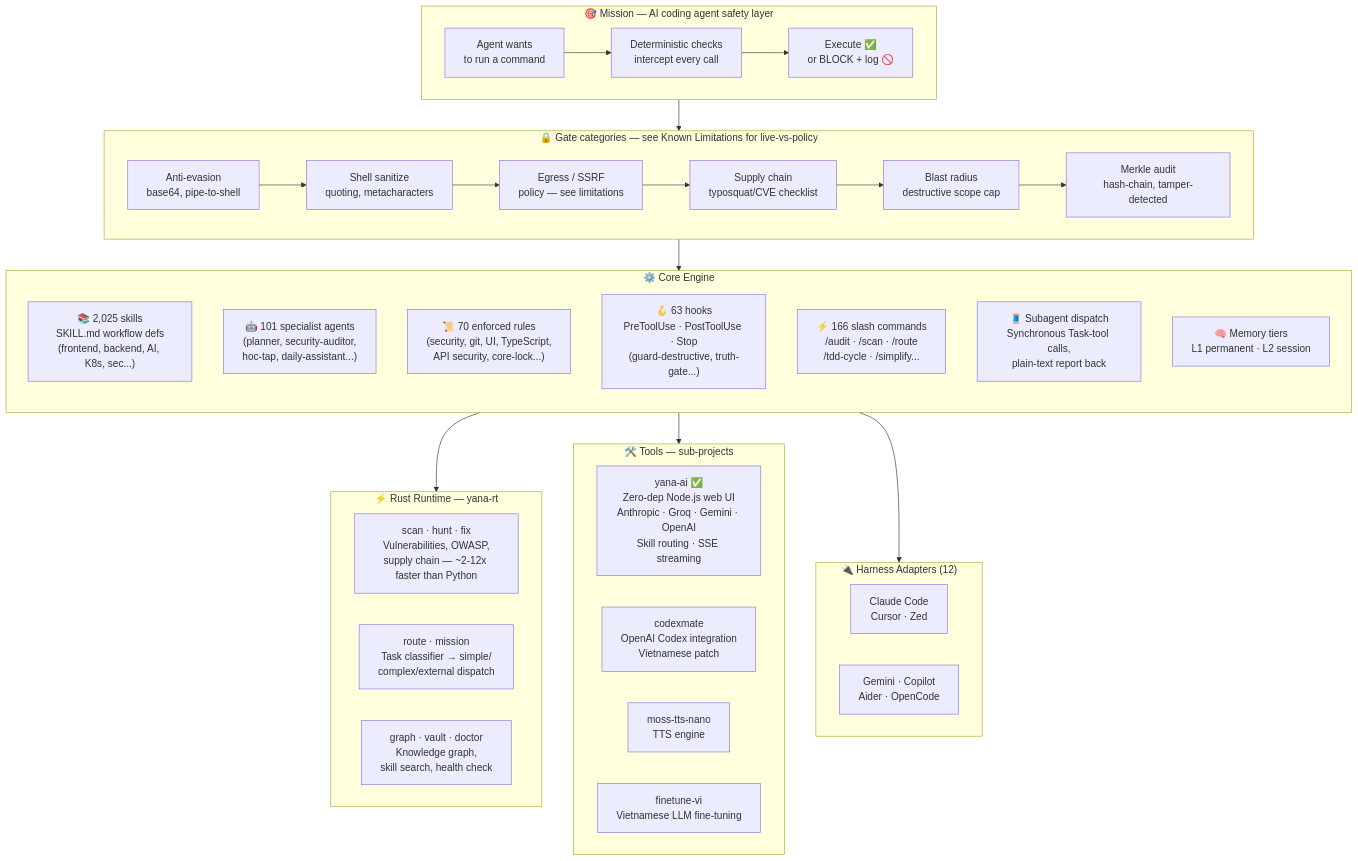
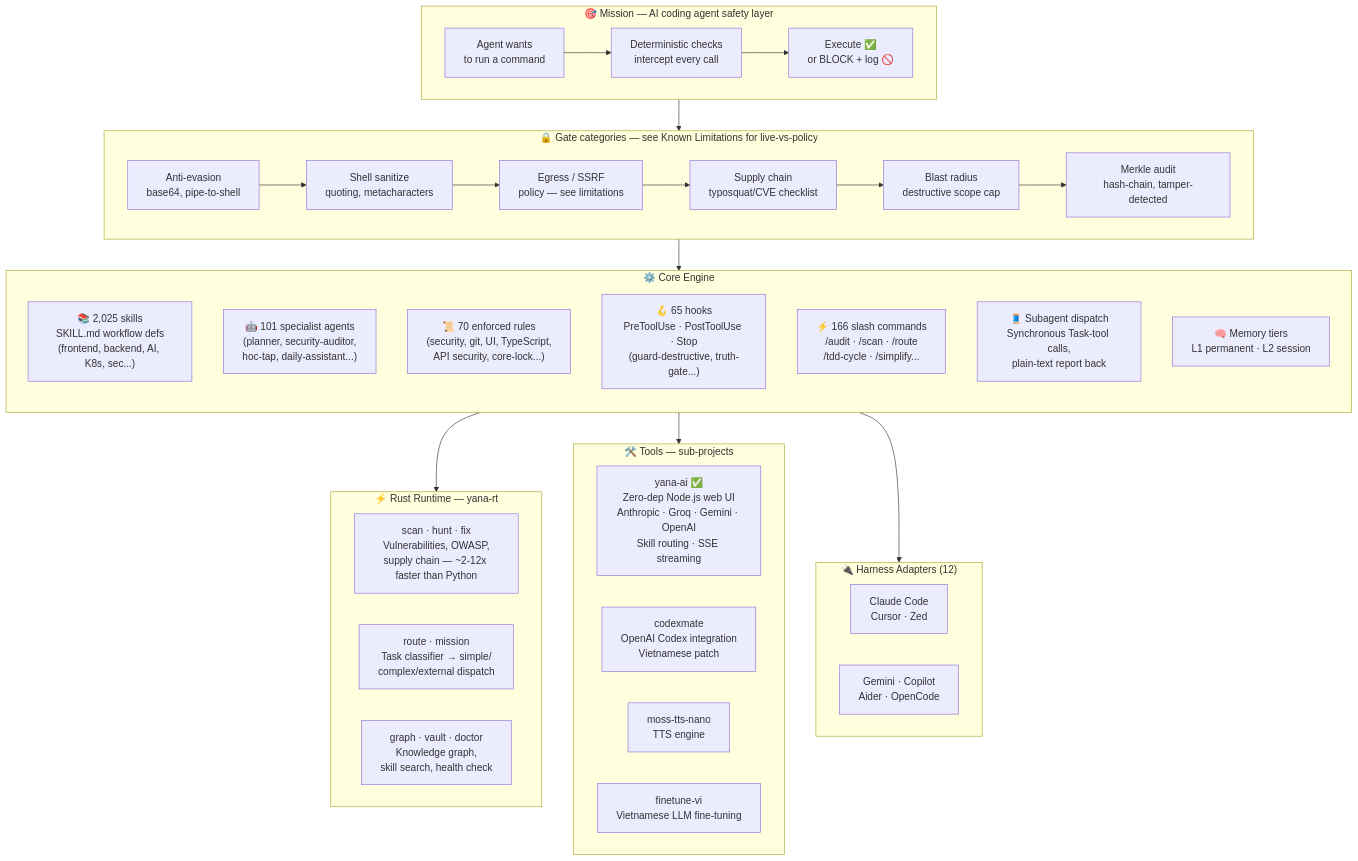
One commit to yanacuti1121/Yana-AI changed the diagram in docs/reference/architecture.md. Above: the diagram before and after it, drawn with Mermaid. The commit also changed other lines of this file and 1 other file, not shown here.

First line of the commit message:
fix(docs): sync hook/core-lock counts in architecture.md and README.md

````diff
--- a/docs/reference/architecture.md
+++ b/docs/reference/architecture.md
@@ -23,66 +23,66 @@
 ```mermaid
 graph TB
     %% ── Mission ──────────────────────────────────────────────────────
     subgraph MISSION["🎯 Mission — AI coding agent safety layer"]
         direction LR
         AGENT["Agent wants\nto run a command"]
         GATE["Deterministic checks\nintercept every call"]
         OUT["Execute ✅\nor BLOCK + log 🚫"]
         AGENT --> GATE --> OUT
     end
 
     %% ── Gate categories ──────────────────────────────────────────────────
     subgraph GATES["🔒 Gate categories — see Known Limitations for live-vs-policy"]
         direction LR
         G1["Anti-evasion\nbase64, pipe-to-shell"]
         G2["Shell sanitize\nquoting, metacharacters"]
         G3["Egress / SSRF\npolicy — see limitations"]
         G4["Supply chain\ntyposquat/CVE checklist"]
         G5["Blast radius\ndestructive scope cap"]
         G6["Merkle audit\nhash-chain, tamper-detected"]
         G1 --> G2 --> G3 --> G4 --> G5 --> G6
     end
 
     %% ── Core engine ──────────────────────────────────────────────────────
     subgraph CORE["⚙️ Core Engine"]
         direction TB
         SKILLS["📚 2,025 skills\nSKILL.md workflow defs\n(frontend, backend, AI, K8s, sec...)"]
         AGENTS["🤖 101 specialist agents\n(planner, security-auditor,\nhoc-tap, daily-assistant...)"]
         RULES["📜 70 enforced rules\n(security, git, UI, TypeScript,\nAPI security, core-lock...)"]
-        HOOKS["🪝 63 hooks\nPreToolUse · PostToolUse · Stop\n(guard-destructive, truth-gate...)"]
+        HOOKS["🪝 65 hooks\nPreToolUse · PostToolUse · Stop\n(guard-destructive, truth-gate...)"]
         CMDS["⚡ 166 slash commands\n/audit · /scan · /route\n/tdd-cycle · /simplify..."]
         DISPATCH["🧵 Subagent dispatch\nSynchronous Task-tool calls,\nplain-text report back"]
         MEM["🧠 Memory tiers\nL1 permanent · L2 session"]
     end
 
     %% ── Rust runtime ─────────────────────────────────────────────────────
     subgraph RT["⚡ Rust Runtime — yana-rt"]
         direction LR
         SCAN["scan · hunt · fix\nVulnerabilities, OWASP,\nsupply chain — ~2-12x faster than Python"]
         ROUTE["route · mission\nTask classifier → simple/\ncomplex/external dispatch"]
         VAULT["graph · vault · doctor\nKnowledge graph,\nskill search, health check"]
     end
 
     %% ── Tools ────────────────────────────────────────────────────────────
     subgraph TOOLS["🛠️ Tools — sub-projects"]
         direction LR
         YANA["yana-ai ✅\nZero-dep Node.js web UI\nAnthropic · Groq · Gemini · OpenAI\nSkill routing · SSE streaming"]
         CODEXMATE["codexmate\nOpenAI Codex integration\nVietnamese patch"]
         MOSS["moss-tts-nano\nTTS engine"]
         FINETUNE["finetune-vi\nVietnamese LLM fine-tuning"]
     end
 
     %% ── Harness adapters ─────────────────────────────────────────────────
     subgraph HARNESS["🔌 Harness Adapters (12)"]
         direction LR
         H1["Claude Code\nCursor · Zed"]
         H2["Gemini · Copilot\nAider · OpenCode"]
     end
 
     %% ── Connections ──────────────────────────────────────────────────────
     MISSION --> GATES
     GATES --> CORE
     CORE --> RT
     CORE --> TOOLS
     CORE --> HARNESS
 ```
````
